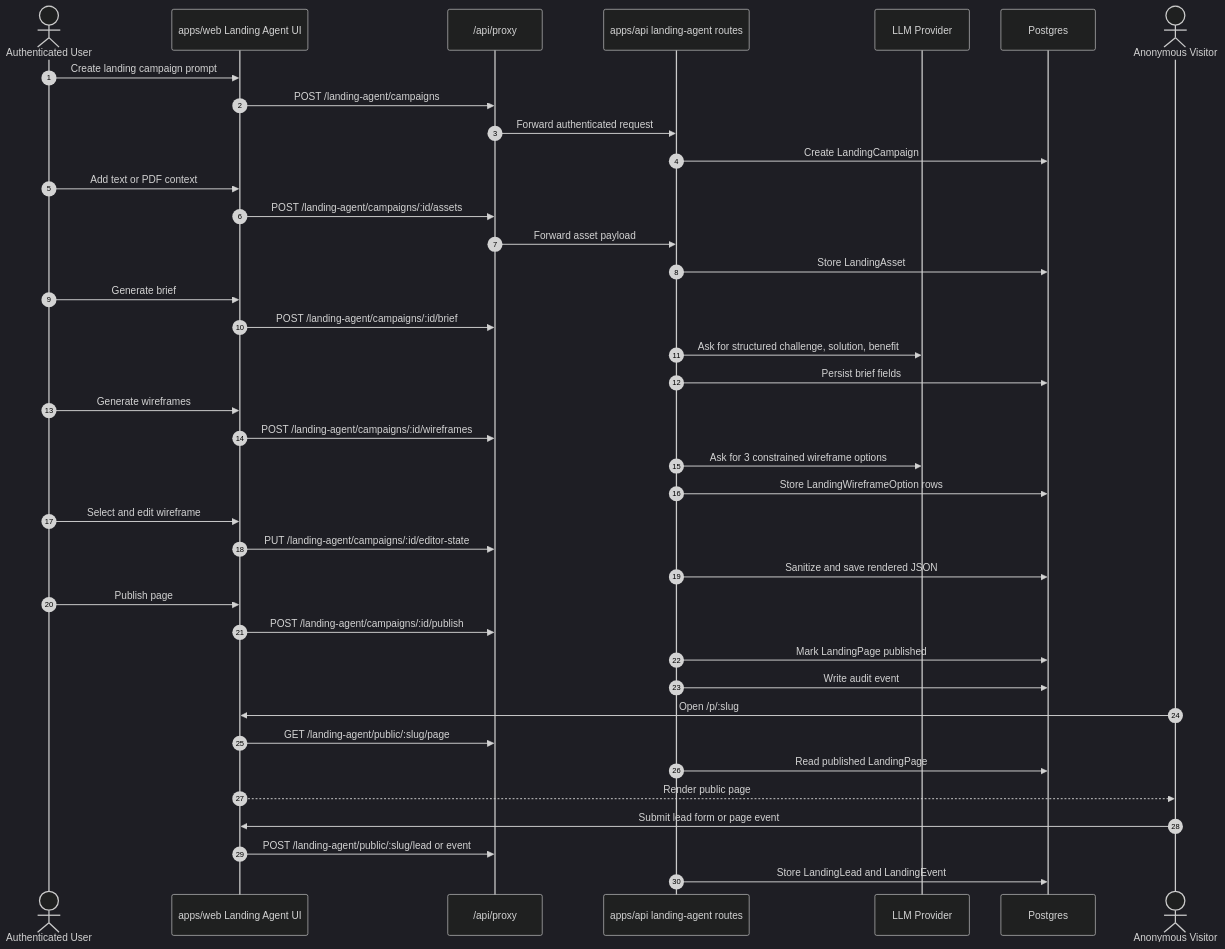
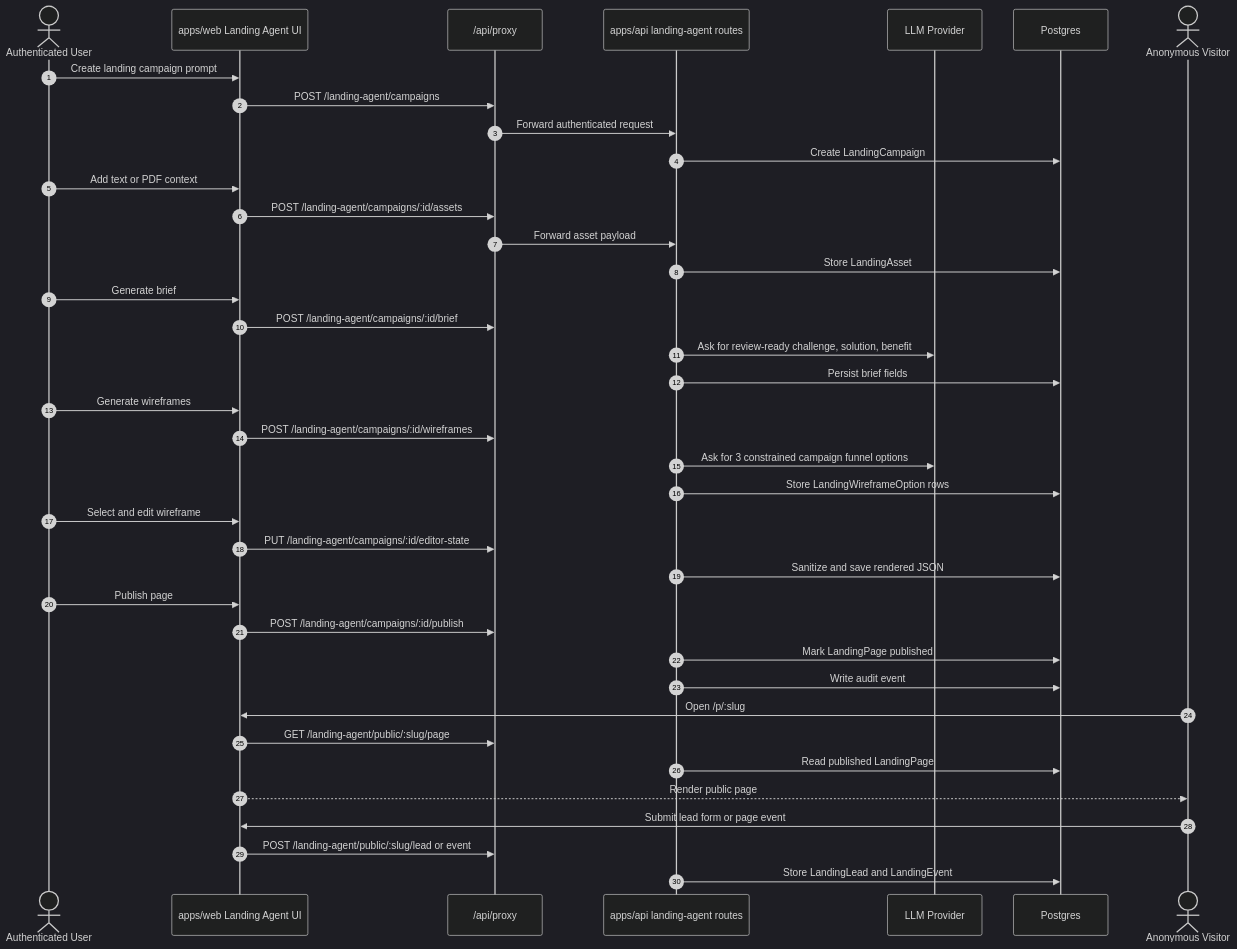
Before and after one commit to Convospanai-outreach/fullstack: the seventh of 8 diagrams in docs/architecture-diagram.md, drawn with Mermaid (dark theme). The commit also changed other lines of this file and 23 other files, not shown here.

````diff
--- a/docs/architecture-diagram.md
+++ b/docs/architecture-diagram.md
@@ -561,49 +561,49 @@
 ```mermaid
 sequenceDiagram
     autonumber
     actor User as Authenticated User
     participant Web as apps/web Landing Agent UI
     participant Proxy as /api/proxy
     participant API as apps/api landing-agent routes
     participant AI as LLM Provider
     participant DB as Postgres
     actor Visitor as Anonymous Visitor
 
     User->>Web: Create landing campaign prompt
     Web->>Proxy: POST /landing-agent/campaigns
     Proxy->>API: Forward authenticated request
     API->>DB: Create LandingCampaign
 
     User->>Web: Add text or PDF context
     Web->>Proxy: POST /landing-agent/campaigns/:id/assets
     Proxy->>API: Forward asset payload
     API->>DB: Store LandingAsset
 
     User->>Web: Generate brief
     Web->>Proxy: POST /landing-agent/campaigns/:id/brief
-    API->>AI: Ask for structured challenge, solution, benefit
+    API->>AI: Ask for review-ready challenge, solution, benefit
     API->>DB: Persist brief fields
 
     User->>Web: Generate wireframes
     Web->>Proxy: POST /landing-agent/campaigns/:id/wireframes
-    API->>AI: Ask for 3 constrained wireframe options
+    API->>AI: Ask for 3 constrained campaign funnel options
     API->>DB: Store LandingWireframeOption rows
 
     User->>Web: Select and edit wireframe
     Web->>Proxy: PUT /landing-agent/campaigns/:id/editor-state
     API->>DB: Sanitize and save rendered JSON
 
     User->>Web: Publish page
     Web->>Proxy: POST /landing-agent/campaigns/:id/publish
     API->>DB: Mark LandingPage published
     API->>DB: Write audit event
 
     Visitor->>Web: Open /p/:slug
     Web->>Proxy: GET /landing-agent/public/:slug/page
     API->>DB: Read published LandingPage
     Web-->>Visitor: Render public page
 
     Visitor->>Web: Submit lead form or page event
     Web->>Proxy: POST /landing-agent/public/:slug/lead or event
     API->>DB: Store LandingLead and LandingEvent
 ```
````
